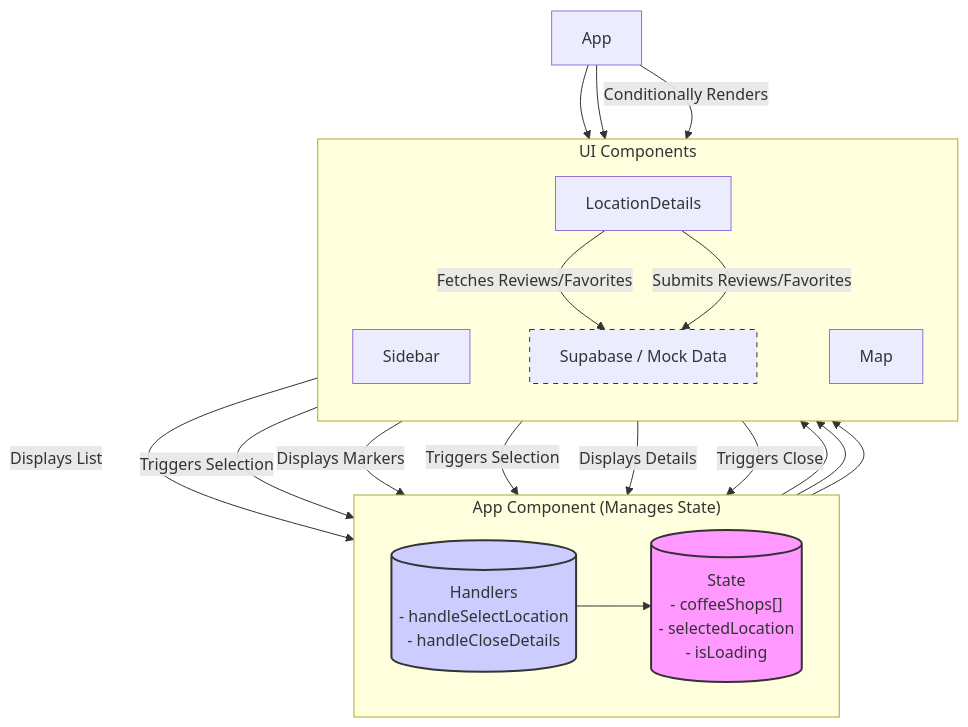
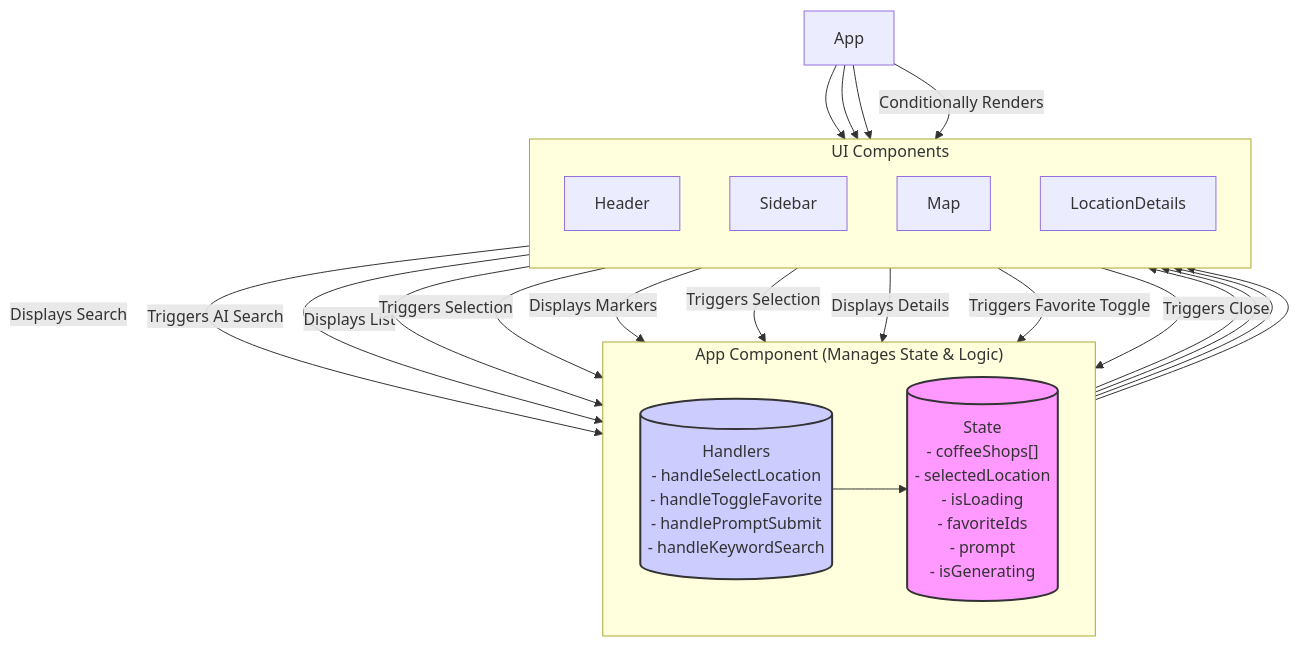
Before and after one commit to techwithlc/coffeelover: the diagram in README.md, drawn with Mermaid. The commit also changed other lines of this file and 4 other files, not shown here.

Commit message:
feat: Integrate AI search, localStorage favorites, update UI & README

````diff
--- a/README.md
+++ b/README.md
@@ -24,32 +25,36 @@
 ```mermaid
 graph TD
-    subgraph "App Component (Manages State)"
+    subgraph "App Component (Manages State & Logic)"
         direction LR
-        State[("State<br/>- coffeeShops[]<br/>- selectedLocation<br/>- isLoading")]
-        Handlers[("Handlers<br/>- handleSelectLocation<br/>- handleCloseDetails")]
+        State[("State<br/>- coffeeShops[]<br/>- selectedLocation<br/>- isLoading<br/>- favoriteIds<br/>- prompt<br/>- isGenerating")]
+        Handlers[("Handlers<br/>- handleSelectLocation<br/>- handleToggleFavorite<br/>- handlePromptSubmit<br/>- handleKeywordSearch")]
     end
 
     subgraph "UI Components"
         direction TB
-        Sidebar -- Displays List --> State
-        Sidebar -- Triggers Selection --> Handlers
+        HeaderComp[Header] -- Displays Search --> State
+        HeaderComp -- Triggers AI Search --> Handlers
+        SidebarComp[Sidebar] -- Displays List --> State
+        SidebarComp -- Triggers Selection --> Handlers
         MapComp[Map] -- Displays Markers --> State
         MapComp -- Triggers Selection --> Handlers
         Details[LocationDetails] -- Displays Details --> State
-        Details -- Fetches Reviews/Favorites --> Supa[Supabase / Mock Data]
-        Details -- Submits Reviews/Favorites --> Supa
+        Details -- Triggers Favorite Toggle --> Handlers
         Details -- Triggers Close --> Handlers
     end
 
-    App --> Sidebar
+    App --> HeaderComp
+    App --> SidebarComp
     App --> MapComp
     App -- Conditionally Renders --> Details
-    State --> Sidebar
+
+    State --> HeaderComp
+    State --> SidebarComp
     State --> MapComp
     State --> Details
     Handlers --> State
 
     style State fill:#f9f,stroke:#333,stroke-width:2px
     style Handlers fill:#ccf,stroke:#333,stroke-width:2px
-    style Supa fill:#lightgrey,stroke:#333,stroke-width:1px,stroke-dasharray: 5 5
+
 ```
````
